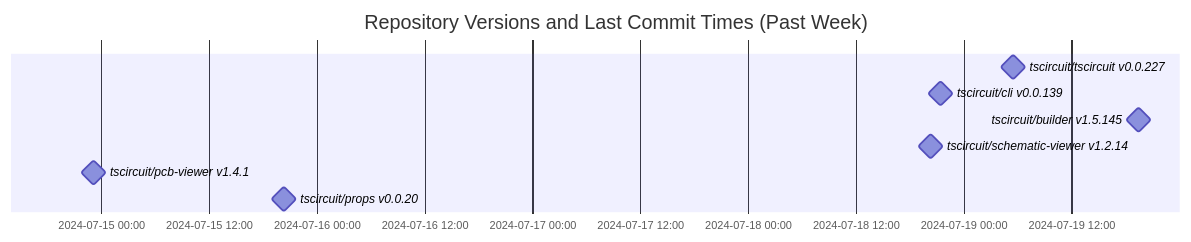
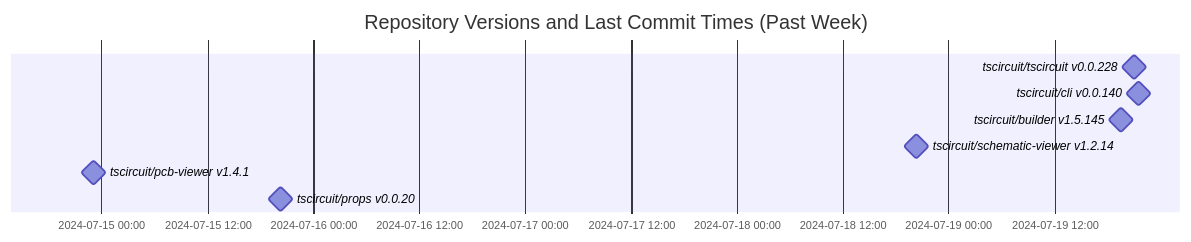
One commit to tscircuit/version-tracker changed the diagram in README.md. Above: the diagram before and after it, drawn with Mermaid.

Commit message:
Update chart

````diff
--- a/README.md
+++ b/README.md
@@ -1,13 +1,13 @@
 ```mermaid
 gantt
   dateFormat  YYYY-MM-DD HH:mm:ss
   title Repository Versions and Last Commit Times (Past Week)
   axisFormat %Y-%m-%d %H:%M
 
-  tscircuit/tscircuit v0.0.227 : milestone, 2024-07-19 05:26:54, 1s
-  tscircuit/cli v0.0.139 : milestone, 2024-07-18 21:27:51, 1s
+  tscircuit/tscircuit v0.0.228 : milestone, 2024-07-19 21:01:38, 1s
+  tscircuit/cli v0.0.140 : milestone, 2024-07-19 21:30:40, 1s
   tscircuit/builder v1.5.145 : milestone, 2024-07-19 19:27:21, 1s
   tscircuit/schematic-viewer v1.2.14 : milestone, 2024-07-18 20:20:40, 1s
   tscircuit/pcb-viewer v1.4.1 : milestone, 2024-07-14 23:05:20, 1s
   tscircuit/props v0.0.20 : milestone, 2024-07-15 20:19:59, 1s
 ```
````
